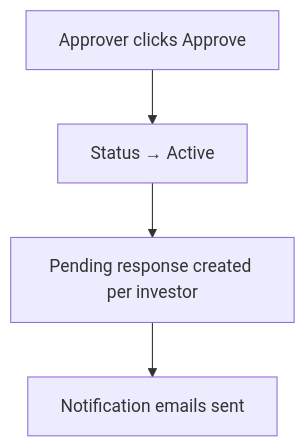
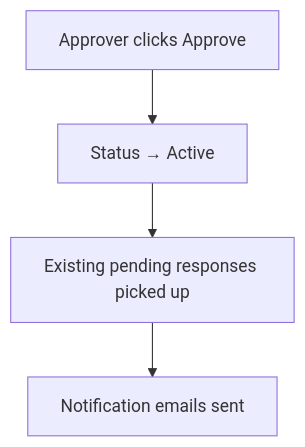
Before and after one commit to sampadadiwan/IRM_CompanyMain: the second of 3 diagrams in docs/user_guides/approvals_user_guide.md, drawn with Mermaid. The commit also changed other lines of this file and 135 other files, not shown here.

````diff
--- a/docs/user_guides/approvals_user_guide.md
+++ b/docs/user_guides/approvals_user_guide.md
@@ -94,6 +96,6 @@
 ```mermaid
 flowchart TD
     A[Approver clicks Approve] --> B[Status → Active]
-    B --> C[Pending response created per investor]
+    B --> C[Existing pending responses picked up]
     C --> D[Notification emails sent]
 ```
````
